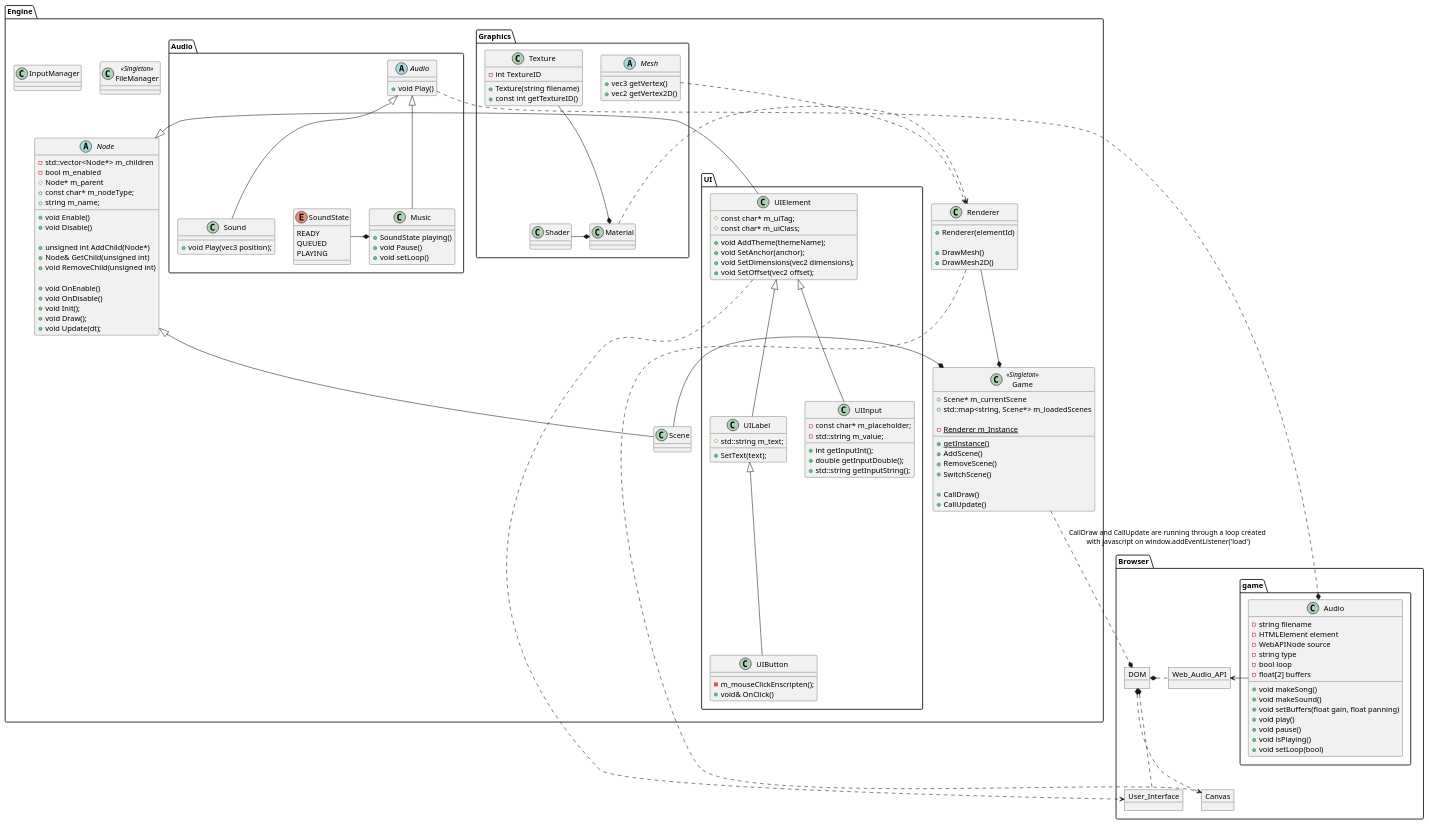
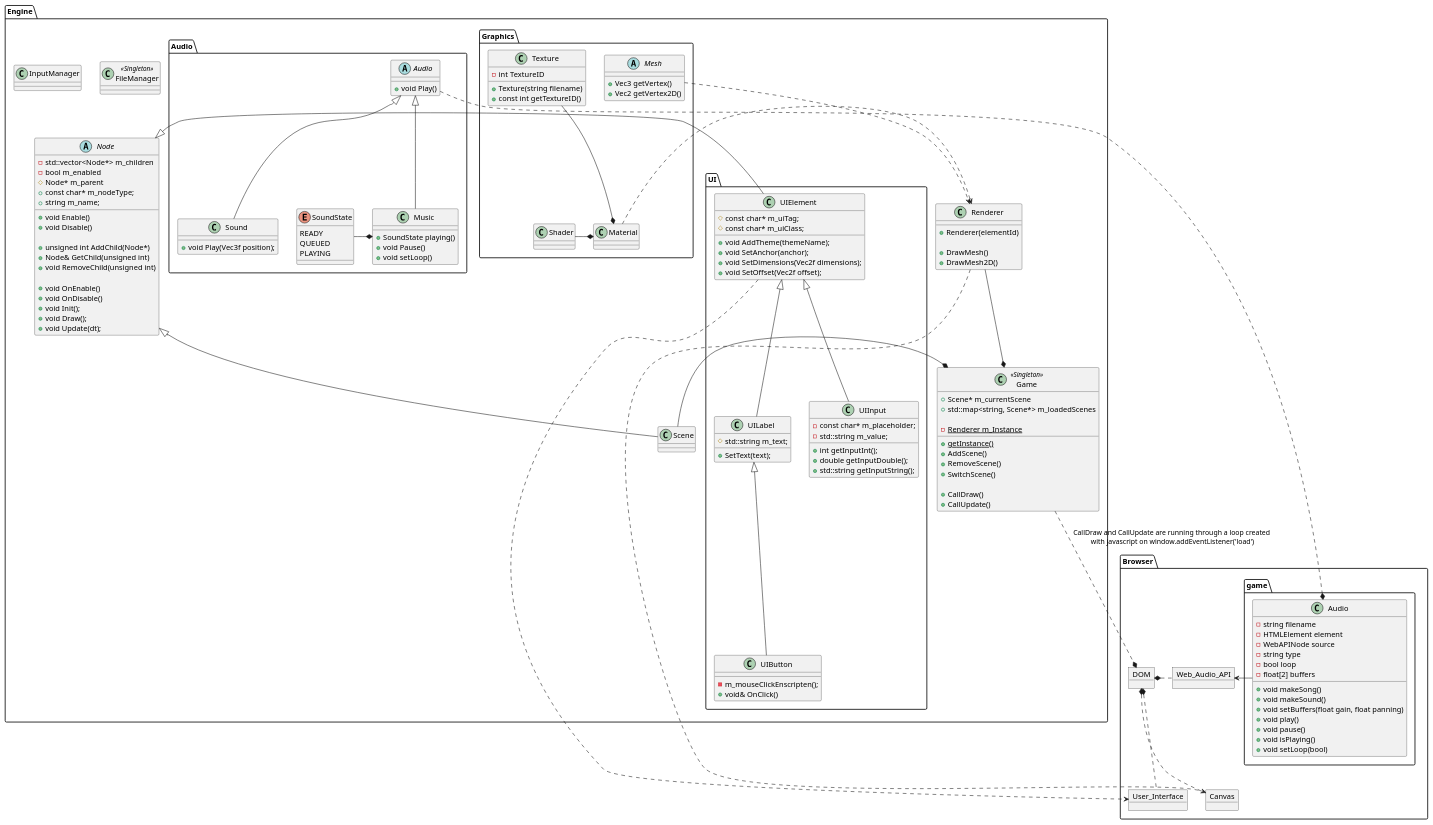
The diagram in docs/architecture.puml (MesaGuildeTeam/Carpenter-Engine), drawn with PlantUML before and after one commit. The commit also changed 49 other files, not shown here.

```diff
--- a/docs/architecture.puml
+++ b/docs/architecture.puml
@@ -1,182 +1,182 @@
 @startuml EngineArchitecture
 
 namespace Engine {
   class Renderer {
     + {method} Renderer(elementId)
     
     + {method} DrawMesh()
     + {method} DrawMesh2D()
   }
 
   class FileManager <<Singleton>> {
     
   }
 
   class Game <<Singleton>> {
     + Scene* m_currentScene
     + std::map<string, Scene*> m_loadedScenes
 
     - {static} Renderer m_Instance
     + {static} {method} getInstance()
 
     
     + {method} AddScene()
     + {method} RemoveScene()
     + {method} SwitchScene()
 
     + {method} CallDraw()
     + {method} CallUpdate()
   }
   
   abstract Node {
     - std::vector<Node*> m_children
     - bool m_enabled
     # Node* m_parent
     + const char* m_nodeType;
     + string m_name;
 
     + {method} void Enable()
     + {method} void Disable()
 
     + {method} unsigned int AddChild(Node*)
     + {method} Node& GetChild(unsigned int)
     + {method} void RemoveChild(unsigned int)
 
     + {method} void OnEnable()
     + {method} void OnDisable()
     + {method} void Init();
     + {method} void Draw();
     + {method} void Update(dt);
   }
 
   class Scene extends Node
 
   class InputManager {
 
   }
 
   Scene -* Game
   Renderer --* Game
 
   namespace UI {
     class UIElement {
       # const char* m_uiTag;
       # const char* m_uiClass;
 
       + {method} void AddTheme(themeName);
       + {method} void SetAnchor(anchor);
-      + {method} void SetDimensions(vec2 dimensions);
-      + {method} void SetOffset(vec2 offset);
+      + {method} void SetDimensions(Vec2f dimensions);
+      + {method} void SetOffset(Vec2f offset);
     }
 
     class UILabel extends UIElement {
       # std::string m_text;
 
       + {method} SetText(text);
     }
 
     class UIButton extends UILabel {
       - {method} m_mouseClickEnscripten();
       + void& OnClick()
     }
 
     class UIInput extends UIElement {
       - const char* m_placeholder;
       - std::string m_value;
 
       + {method} int getInputInt();
       + {method} double getInputDouble();
       + {method} std::string getInputString();
     }
   }
 
   UI.UIElement -|> Node
 
   namespace Graphics {
     abstract Mesh {
-      + {method} vec3 getVertex()
-      + {method} vec2 getVertex2D()
+      + {method} Vec3 getVertex()
+      + {method} Vec2 getVertex2D()
     }
 
     class Texture {
       - int TextureID
       + {method} Texture(string filename)
       + {method} const int getTextureID()
     }
 
     class Shader {
 
     }
 
     class Material {
 
     }
 
     Texture --* Material    
     Shader -* Material
   }
 
   namespace Audio {
     enum SoundState {
       READY
       QUEUED
       PLAYING
     }
 
     abstract Audio {
       + void Play()
     }
 
     class Sound extends Audio {
-      + void Play(vec3 position);
+      + void Play(Vec3f position);
     }
 
     class Music extends Audio {
       + SoundState playing()
       + void Pause()
       + void setLoop()
     }
 
     SoundState -* Music
   }
 
   Graphics.Material .> Renderer 
   Graphics.Mesh .> Renderer 
 }
 
 namespace Browser {
   Object Canvas
   Object User_Interface
   Object DOM
   Object Web_Audio_API
 
   class game.Audio {
     - string filename
     - HTMLElement element
     - WebAPINode source
     - string type
     - bool loop
     - float[2] buffers
 
     + {method} void makeSong()
     + {method} void makeSound()
     + {method} void setBuffers(float gain, float panning)
     + {method} void play()
     + {method} void pause()
     + {method} void isPlaying()
     + {method} void setLoop(bool)
   }
 
   DOM *.. User_Interface
   DOM *.. Canvas
   DOM *. Web_Audio_API
 
   game.Audio -> Web_Audio_API
 }
 
 Engine.Renderer .> Browser.Canvas
 Engine.Game ..* Browser.DOM : "CallDraw and CallUpdate are running through a loop created \nwith javascript on window.addEventListener('load')"
 Engine.UI.UIElement ..> Browser.User_Interface
 Engine.Audio.Audio ..* Browser.game.Audio
 
 @enduml
```
